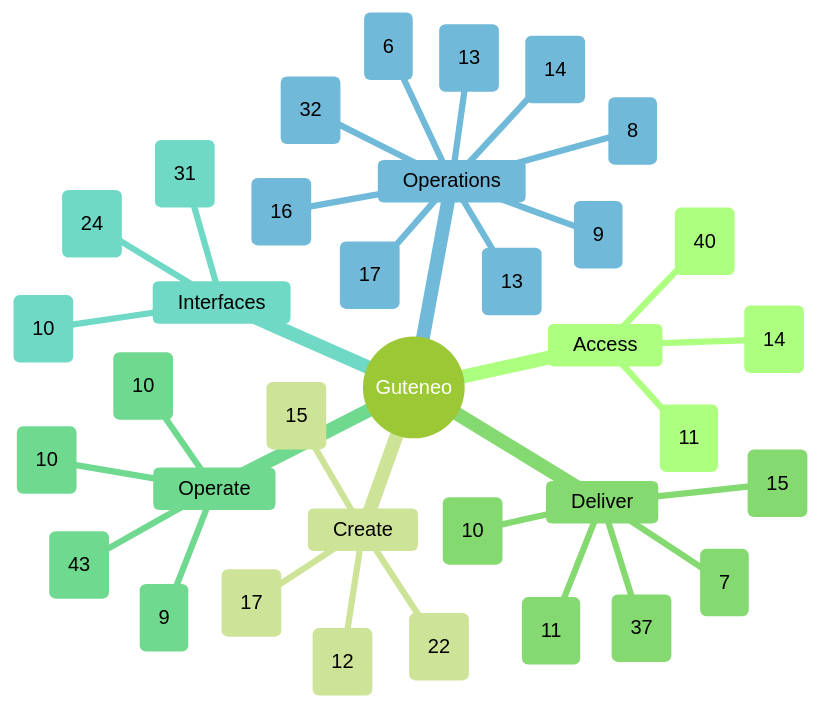
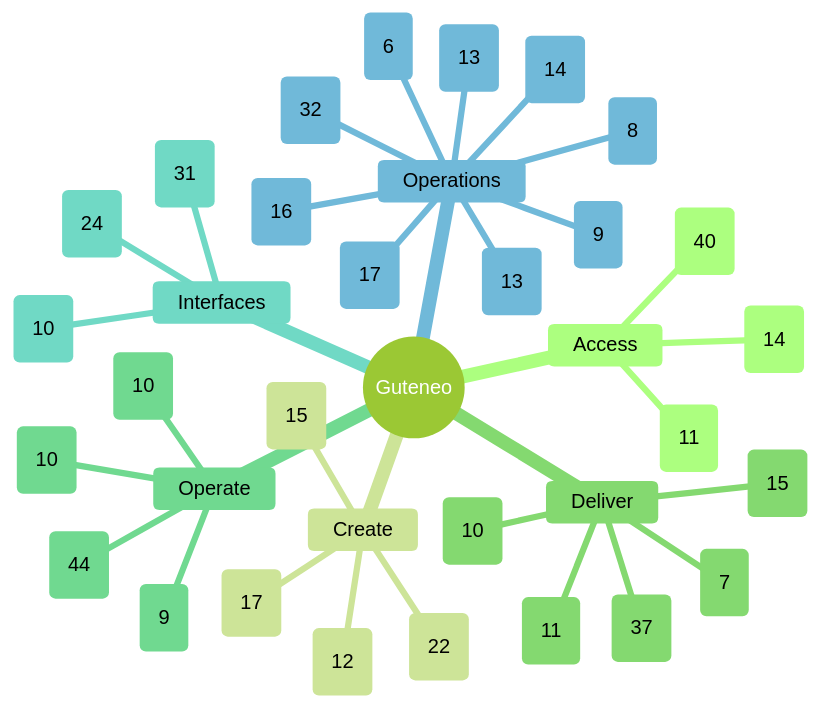
Before and after one commit to nclsppr/guteneo: the diagram in docs/FEATURE_MAP.md, drawn with Mermaid (forest theme). The commit also changed other lines of this file and 31 other files, not shown here.

````diff
--- a/docs/FEATURE_MAP.md
+++ b/docs/FEATURE_MAP.md
@@ -13,38 +13,38 @@
 ```mermaid
 mindmap
   root((Guteneo))
     Access
       Access and identity (40)
       Team and responsibilities (11)
       Workspace administration and reports (14)
     Create
       Documents and protection (22)
       Template studio (15)
       Data and mappings (12)
       PDF generation and distribution (17)
     Deliver
       Fax (10)
       Postal mail (11)
       Email and protected links (15)
       Sensitive distribution and personal documents (37)
       Dispatch dry run (7)
     Operate
       Campaigns and tracking (9)
       Credits and billing (10)
-      Workspace layout and browser appearance (43)
+      Workspace layout and browser appearance (44)
       PDF verification (10)
     Interfaces
       Assistants and API (31)
       iPhone and iPad (10)
       Public pages, languages and appearance (24)
     Operations
       Reviewer OAuth qualification (9)
       Operations and reliability (32)
       Belvédère platform oversight (14)
       Public service status (16)
       Engineering documentation (13)
       Codex Cloud development (8)
       Continuous reviewer preparation (6)
       Automatic fax tariff maintenance (13)
       Consumed provider freshness and preventive deadline actions (17)
 ```
````
